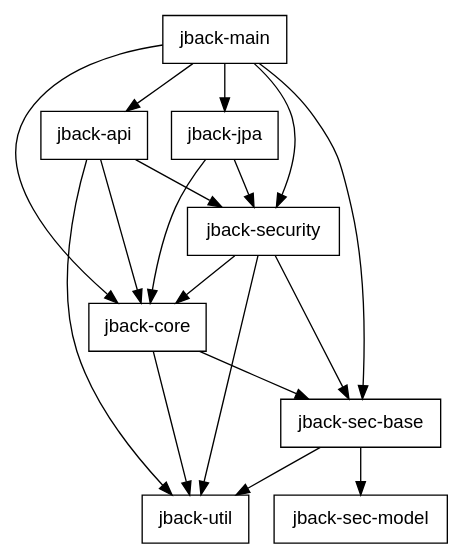
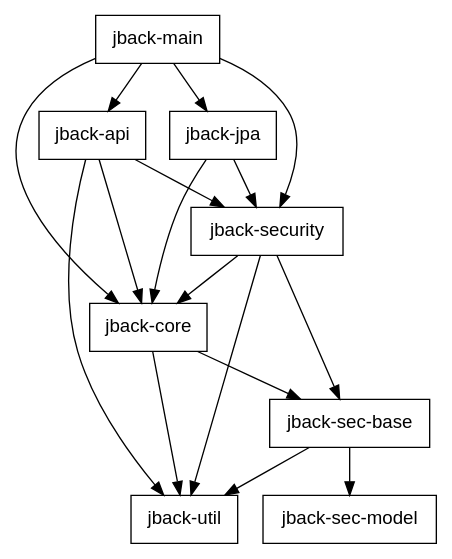
The diagram in graphviz/module-dependencies.dot (blaulaub/jback), drawn with Graphviz before and after one commit. The commit also changed 1 other file, not shown here.

Commit message:
jback-main no longer depends on jback-sec-base

```diff
--- a/graphviz/module-dependencies.dot
+++ b/graphviz/module-dependencies.dot
@@ -1,22 +1,21 @@
 digraph G {
 
   node [ shape="box", fontname="helvetica" ];
 
   "jback-main" -> "jback-api";
   "jback-main" -> "jback-core";
   "jback-main" -> "jback-jpa";
-  "jback-main" -> "jback-sec-base";
   "jback-main" -> "jback-security";
   "jback-jpa" -> "jback-core";
   "jback-jpa" -> "jback-security";
   "jback-api" -> "jback-core";
   "jback-api" -> "jback-security";
   "jback-api" -> "jback-util";
   "jback-security" -> "jback-core";
   "jback-security" -> "jback-sec-base";
   "jback-security" -> "jback-util";
   "jback-core" -> "jback-sec-base";
   "jback-core" -> "jback-util";
   "jback-sec-base" -> "jback-sec-model";
   "jback-sec-base" -> "jback-util";
 }
```
